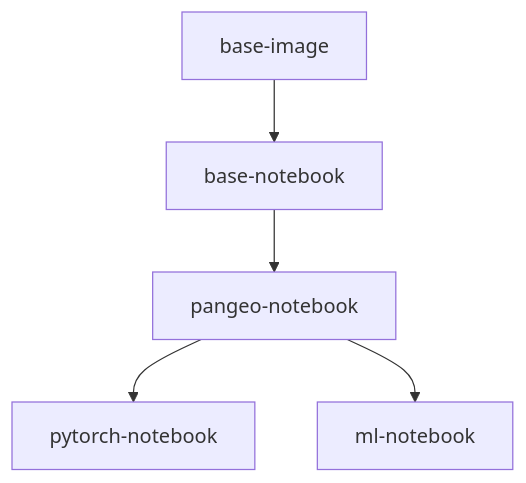
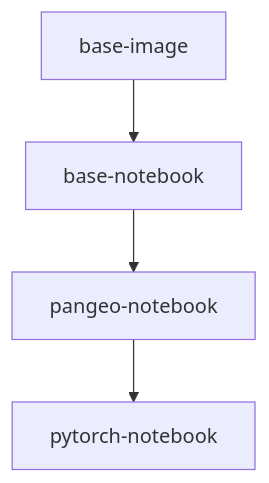
One commit to pangeo-data/pangeo-docker-images changed the diagram in README.md. Above: the diagram before and after it, drawn with Mermaid. The commit also changed other lines of this file and 7 other files, not shown here.

````diff
--- a/README.md
+++ b/README.md
@@ -24,12 +24,10 @@
 ```mermaid
 graph TD;
     base-image-->base-notebook;
     base-notebook-->pangeo-notebook;
     pangeo-notebook-->pytorch-notebook;
-    pangeo-notebook-->ml-notebook;
-    click base-image "https://hub.docker.com/r/pangeo/base-image" "Open this in a new tab" _blank
-    click base-notebook "https://hub.docker.com/r/pangeo/base-notebook" "Open this in a new tab" _blank
-    click pangeo-notebook "https://hub.docker.com/r/pangeo/pangeo-notebook" "Open this in a new tab" _blank
-    click pytorch-notebook "https://hub.docker.com/r/pangeo/pytorch-notebook" "Open this in a new tab" _blank
-    click ml-notebook "https://hub.docker.com/r/pangeo/ml-notebook" "Open this in a new tab" _blank
+    click base-image "https://hub.docker.com/r/cnes/base-image" "Open this in a new tab" _blank
+    click base-notebook "https://hub.docker.com/r/cnes/base-notebook" "Open this in a new tab" _blank
+    click pangeo-notebook "https://hub.docker.com/r/cnes/pangeo-notebook" "Open this in a new tab" _blank
+    click pytorch-notebook "https://hub.docker.com/r/cnes/pytorch-notebook" "Open this in a new tab" _blank
 ```
````
